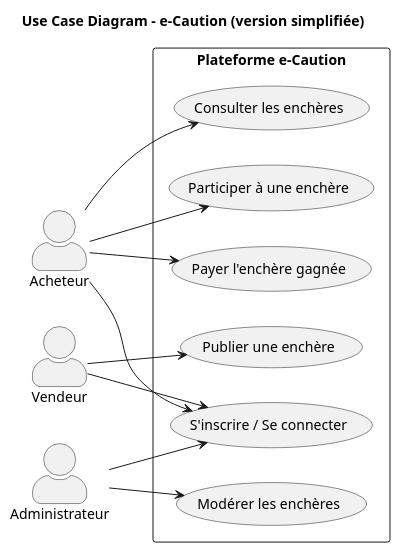
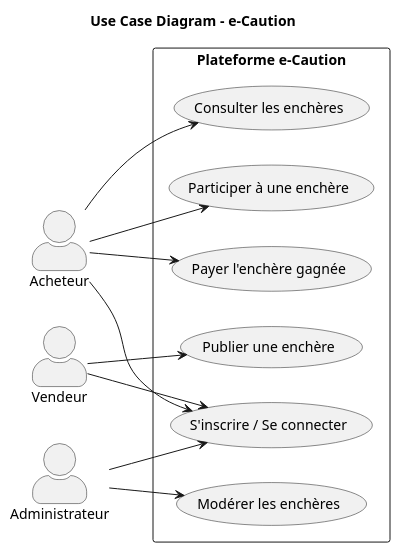
One commit to Hafsaroui/projet.dev changed the diagram in design/uml/use_case.puml. Above: the diagram before and after it, drawn with PlantUML. The commit also changed 43 other files, not shown here.

```diff
--- a/design/uml/use_case.puml
+++ b/design/uml/use_case.puml
@@ -1,42 +1,42 @@
 @startuml
-title Use Case Diagram - e-Caution (version simplifiée)
+title Use Case Diagram - e-Caution 
 
 left to right direction
 skinparam actorStyle awesome
 
 actor Acheteur
 actor Vendeur
 actor Administrateur
 
 rectangle "Plateforme e-Caution" {
 
   ' Cas d’usage communs
   usecase UC1 as "S'inscrire / Se connecter"
   usecase UC2 as "Consulter les enchères"
 
   ' Acheteur
   usecase UC3 as "Participer à une enchère"
   usecase UC4 as "Payer l'enchère gagnée"
 
   ' Vendeur
   usecase UC5 as "Publier une enchère"
 
   ' Admin
   usecase UC6 as "Modérer les enchères"
 }
 
 ' Relations Acheteur
 Acheteur --> UC1
 Acheteur --> UC2
 Acheteur --> UC3
 Acheteur --> UC4
 
 ' Relations Vendeur
 Vendeur --> UC1
 Vendeur --> UC5
 
 ' Relations Admin
 Administrateur --> UC1
 Administrateur --> UC6
 
 @enduml
```
